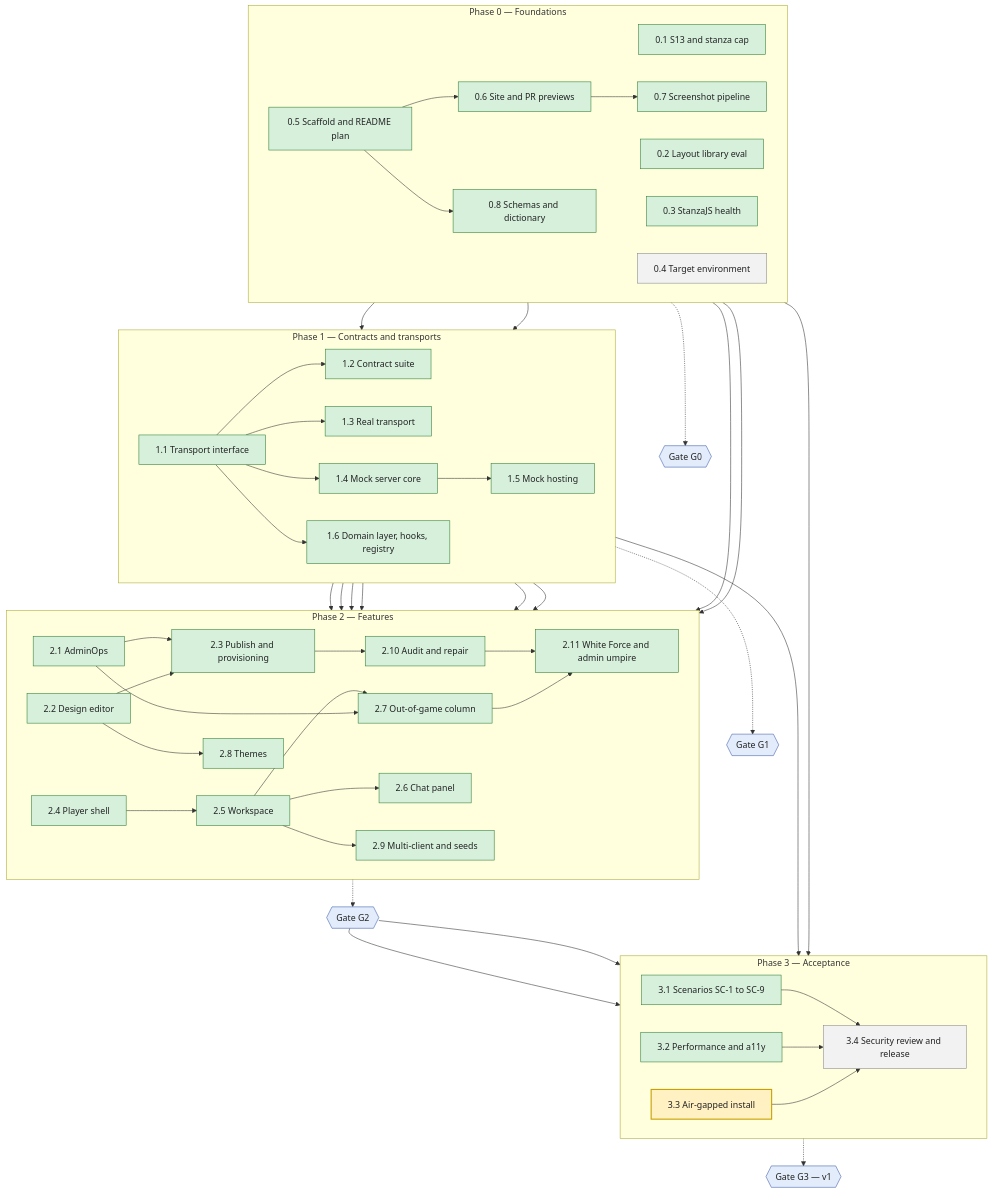
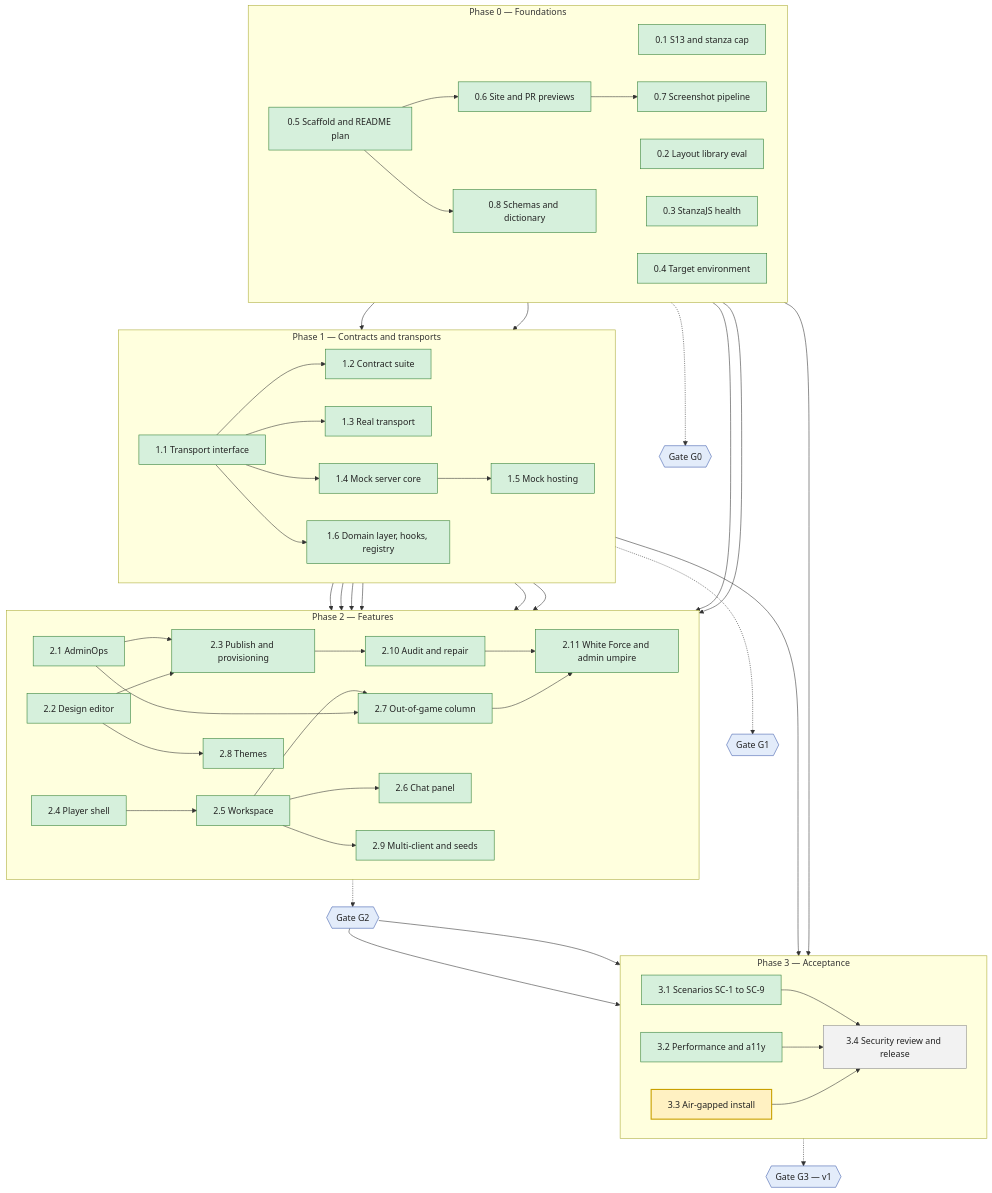
Before and after one commit to serge-web/war-rooms-x2: the diagram in README.md, drawn with Mermaid. The commit also changed 15 other files, not shown here.

````diff
--- a/README.md
+++ b/README.md
@@ -9,79 +9,79 @@
 ```mermaid
 flowchart TB
     subgraph P0["Phase 0 — Foundations"]
         direction LR
         wp01["0.1 S13 and stanza cap"]
         wp02["0.2 Layout library eval"]
         wp03["0.3 StanzaJS health"]
         wp04["0.4 Target environment"]
         wp05["0.5 Scaffold and README plan"]
         wp06["0.6 Site and PR previews"]
         wp07["0.7 Screenshot pipeline"]
         wp08["0.8 Schemas and dictionary"]
     end
     subgraph P1["Phase 1 — Contracts and transports"]
         direction LR
         wp11["1.1 Transport interface"]
         wp12["1.2 Contract suite"]
         wp13["1.3 Real transport"]
         wp14["1.4 Mock server core"]
         wp15["1.5 Mock hosting"]
         wp16["1.6 Domain layer, hooks, registry"]
     end
     subgraph P2["Phase 2 — Features"]
         direction LR
         wp21["2.1 AdminOps"]
         wp22["2.2 Design editor"]
         wp23["2.3 Publish and provisioning"]
         wp210["2.10 Audit and repair"]
         wp211["2.11 White Force and admin umpire"]
         wp24["2.4 Player shell"]
         wp25["2.5 Workspace"]
         wp26["2.6 Chat panel"]
         wp27["2.7 Out-of-game column"]
         wp28["2.8 Themes"]
         wp29["2.9 Multi-client and seeds"]
     end
     subgraph P3["Phase 3 — Acceptance"]
         direction LR
         wp31["3.1 Scenarios SC-1 to SC-9"]
         wp32["3.2 Performance and a11y"]
         wp33["3.3 Air-gapped install"]
         wp34["3.4 Security review and release"]
     end
     G0{{"Gate G0"}}
     G1{{"Gate G1"}}
     G2{{"Gate G2"}}
     G3{{"Gate G3 — v1"}}
 
     wp05 --> wp06 --> wp07
     wp05 --> wp08
     wp03 & wp08 --> wp11
     wp11 --> wp12 & wp13 & wp14 & wp16
     wp14 --> wp15
     wp13 & wp16 & wp01 --> wp21
     wp16 --> wp22
     wp21 & wp22 --> wp23 --> wp210
     wp210 & wp27 --> wp211
     wp16 --> wp24
     wp02 & wp24 --> wp25 --> wp26
     wp25 & wp21 --> wp27
     wp16 & wp22 --> wp28
     wp15 & wp25 --> wp29
     wp04 & wp13 --> wp33
     wp31 & wp32 & wp33 --> wp34
     P0 -.-> G0
     P1 -.-> G1
     P2 -.-> G2
     G2 --> wp31 & wp32
     P3 -.-> G3
 
     classDef todo fill:#f2f2f2,stroke:#888,color:#222
     classDef active fill:#fff1c2,stroke:#c9a000,color:#222,stroke-width:2px
     classDef done fill:#d6f0dc,stroke:#2e7d32,color:#222
     classDef gate fill:#e3ecfa,stroke:#3b5bab,color:#222
-    class wp04,wp34 todo
+    class wp34 todo
     class wp33 active
-    class wp01,wp02,wp03,wp05,wp06,wp07,wp08,wp11,wp12,wp13,wp14,wp15,wp16,wp21,wp22,wp23,wp24,wp25,wp26,wp27,wp28,wp29,wp210,wp211,wp31,wp32 done
+    class wp01,wp02,wp03,wp04,wp05,wp06,wp07,wp08,wp11,wp12,wp13,wp14,wp15,wp16,wp21,wp22,wp23,wp24,wp25,wp26,wp27,wp28,wp29,wp210,wp211,wp31,wp32 done
     class G0,G1,G2,G3 gate
 ```
````
